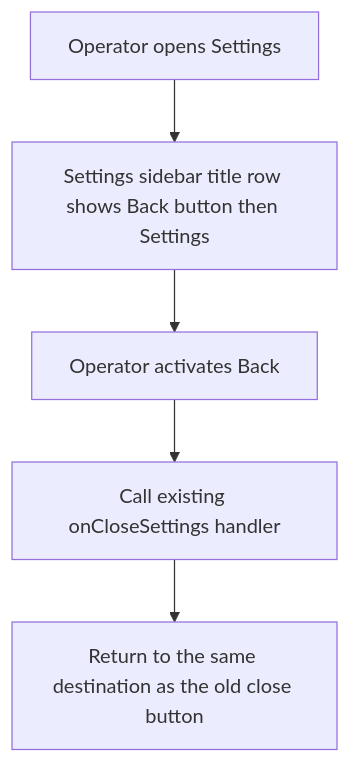
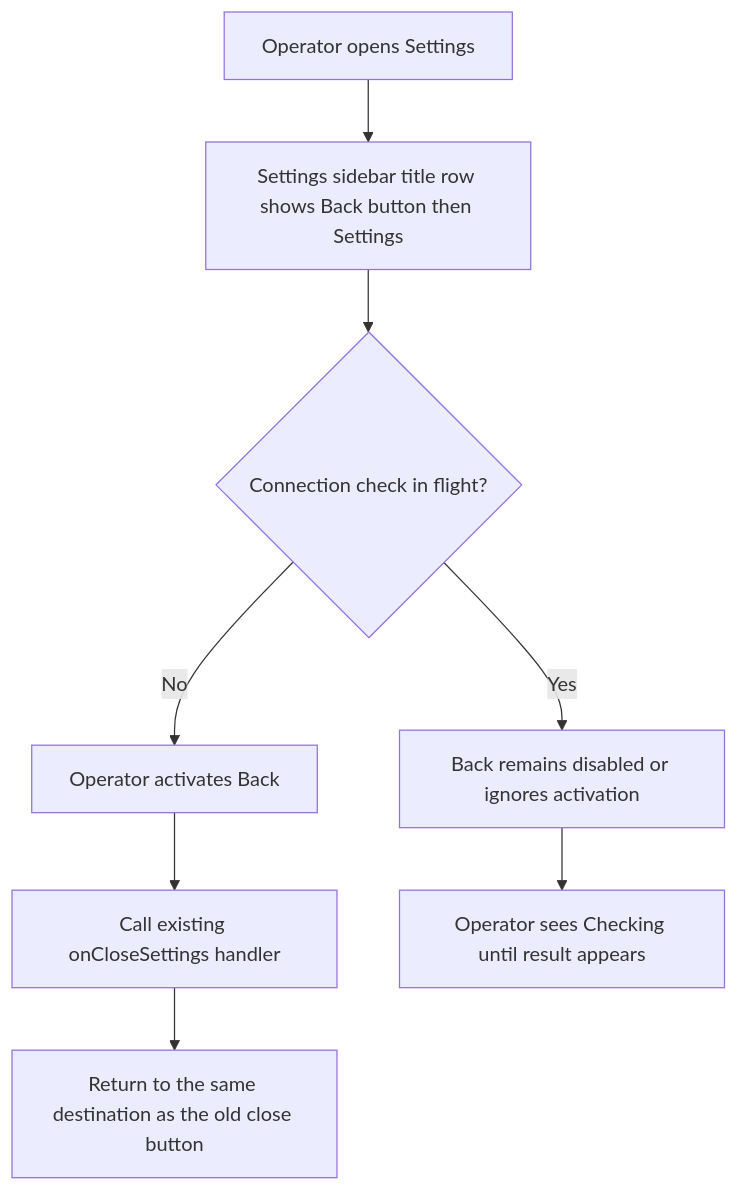
The first of 4 diagrams in context-human/specs/feature-settings-back-button-connection-apply-on-commit.md (markdstafford/autocatalyst), drawn with Mermaid before and after one commit. The commit also changed other lines of this file, not shown here.

Commit message:
docs: revise feature spec settings-back-button-connection-apply-on-commit

````diff
--- a/context-human/specs/feature-settings-back-button-connection-apply-on-commit.md
+++ b/context-human/specs/feature-settings-back-button-connection-apply-on-commit.md
@@ -76,7 +95,10 @@
 ```mermaid
 graph TD
     A[Operator opens Settings] --> B[Settings sidebar title row shows Back button then Settings]
-    B --> C[Operator activates Back]
-    C --> D[Call existing onCloseSettings handler]
-    D --> E[Return to the same destination as the old close button]
+    B --> C{Connection check in flight?}
+    C -- No --> D[Operator activates Back]
+    D --> E[Call existing onCloseSettings handler]
+    E --> F[Return to the same destination as the old close button]
+    C -- Yes --> G[Back remains disabled or ignores activation]
+    G --> H[Operator sees Checking until result appears]
 ```
````
